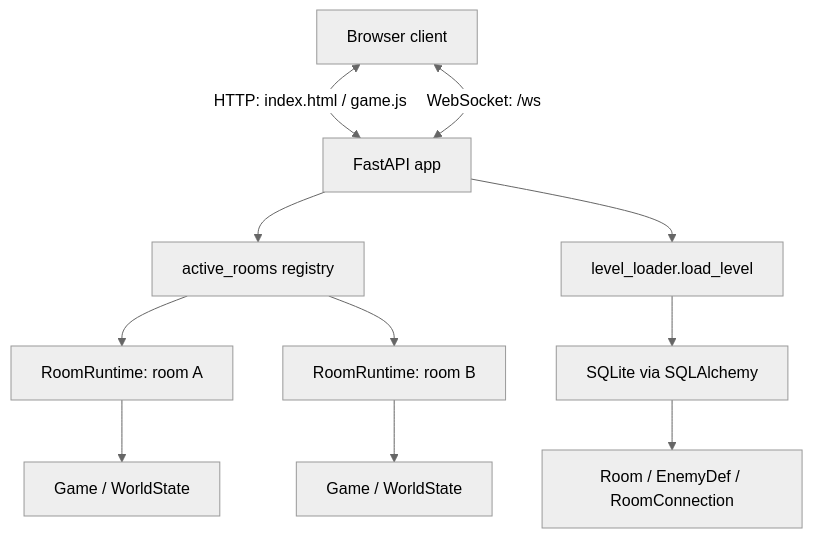
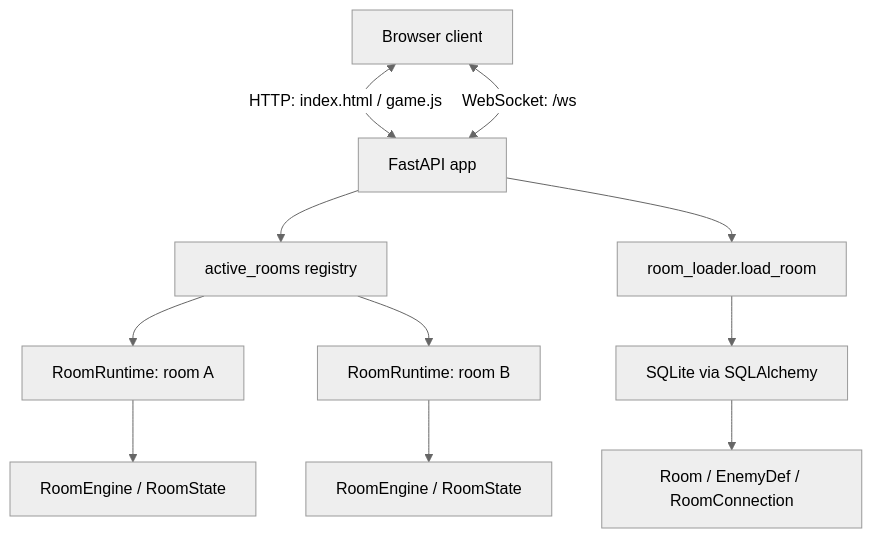
One commit to GoldenWind8/roguelike-mvp changed the first of 6 diagrams in docs/ARCHITECTURE.md. Above: the diagram before and after it, drawn with Mermaid (neutral theme). The commit also changed other lines of this file and 29 other files, not shown here.

````diff
--- a/docs/ARCHITECTURE.md
+++ b/docs/ARCHITECTURE.md
@@ -25,13 +25,13 @@
 ```mermaid
 flowchart TB
     B["Browser client"] <-- "HTTP: index.html / game.js" --> A["FastAPI app"]
     B <-- "WebSocket: /ws" --> A
     A --> REG["active_rooms registry"]
     REG --> R1["RoomRuntime: room A"]
     REG --> R2["RoomRuntime: room B"]
-    R1 --> G1["Game / WorldState"]
-    R2 --> G2["Game / WorldState"]
-    A --> L["level_loader.load_level"]
+    R1 --> G1["RoomEngine / RoomState"]
+    R2 --> G2["RoomEngine / RoomState"]
+    A --> L["room_loader.load_room"]
     L --> DB["SQLite via SQLAlchemy"]
     DB --> R["Room / EnemyDef / RoomConnection"]
 ```
````
